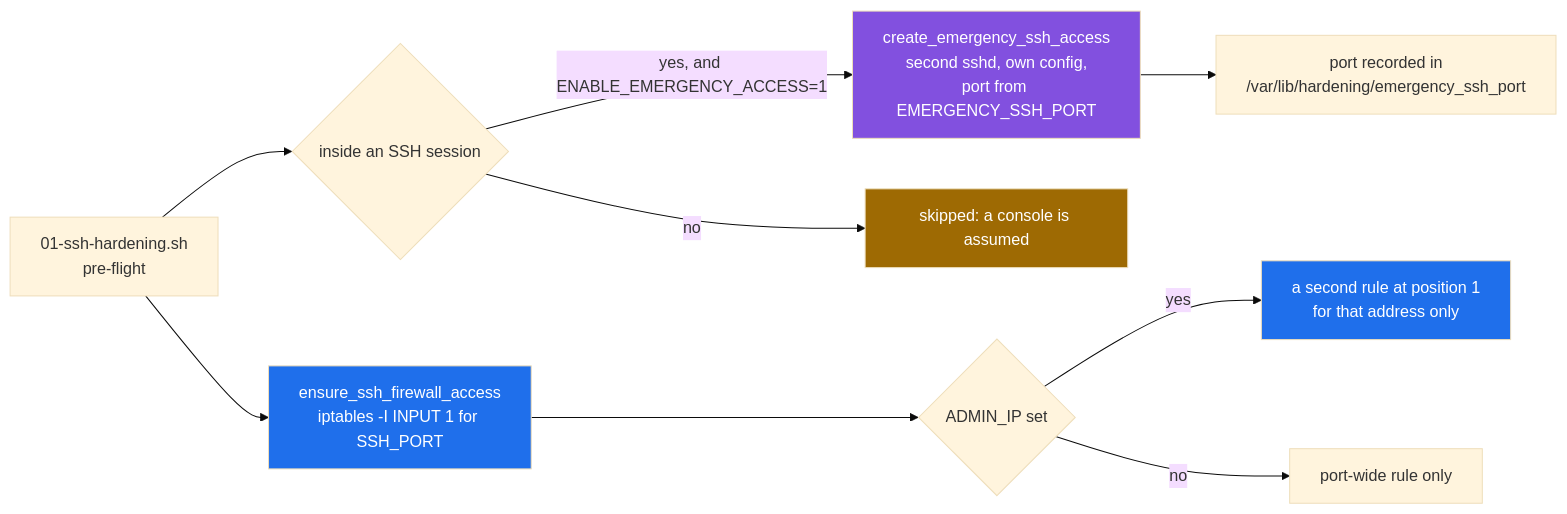
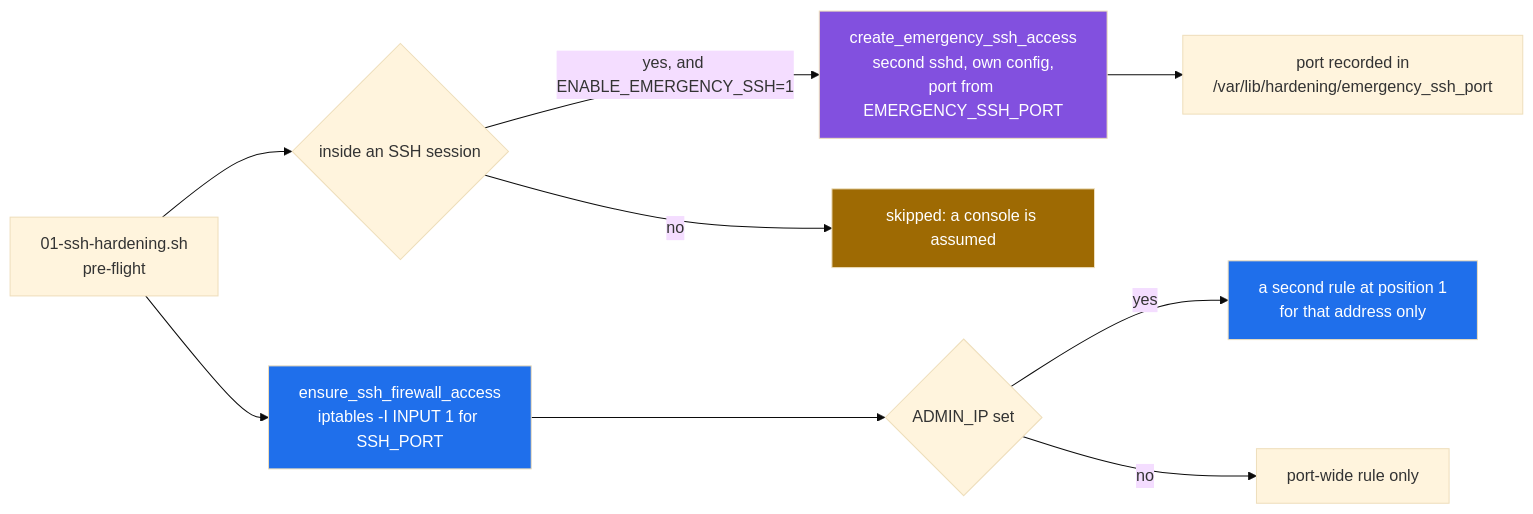
The second of 3 diagrams in docs/ssh-safety.md (Bissbert/POSIX-hardening), drawn with Mermaid (base theme) before and after one commit. The commit also changed other lines of this file and 25 other files, not shown here.

````diff
--- a/docs/ssh-safety.md
+++ b/docs/ssh-safety.md
@@ -125,16 +126,16 @@
 ```mermaid
 flowchart LR
     PRE["01-ssh-hardening.sh<br/>pre-flight"] --> S{"inside an SSH session"}
-    S -->|"yes, and ENABLE_EMERGENCY_ACCESS=1"| EMG["create_emergency_ssh_access<br/>second sshd, own config,<br/>port from EMERGENCY_SSH_PORT"]
+    S -->|"yes, and ENABLE_EMERGENCY_SSH=1"| EMG["create_emergency_ssh_access<br/>second sshd, own config,<br/>port from EMERGENCY_SSH_PORT"]
     S -->|"no"| SKIP["skipped: a console is assumed"]
     PRE --> FW["ensure_ssh_firewall_access<br/>iptables -I INPUT 1 for SSH_PORT"]
     FW --> ADM{"ADMIN_IP set"}
     ADM -->|"yes"| PRIO["a second rule at position 1<br/>for that address only"]
     ADM -->|"no"| NONE["port-wide rule only"]
     EMG --> NOTE["port recorded in<br/>/var/lib/hardening/emergency_ssh_port"]
 
     style EMG fill:#8250df,color:#fff
     style FW fill:#1f6feb,color:#fff
     style PRIO fill:#1f6feb,color:#fff
     style SKIP fill:#9e6a03,color:#fff
 ```
````
